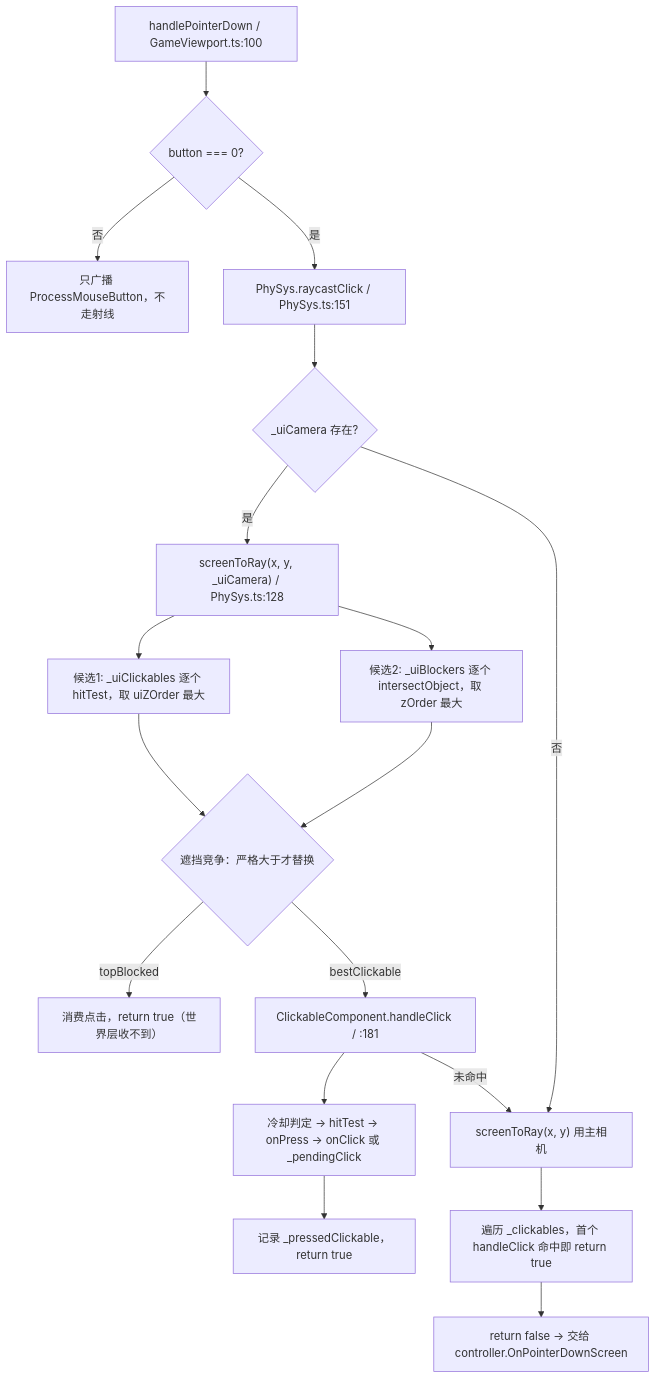
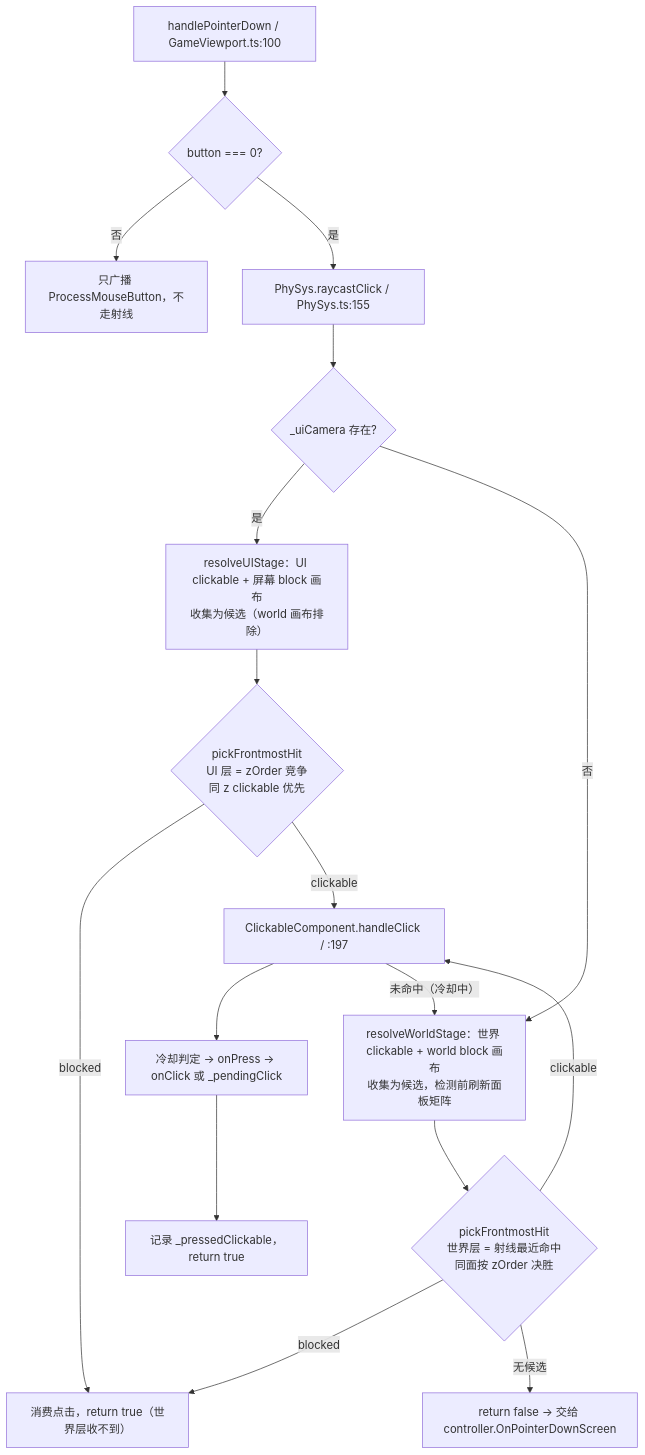
Before and after one commit to Kaplc/DemoStudio: the diagram in doc/engine/physics_system.md, drawn with Mermaid. The commit also changed other lines of this file and 6 other files, not shown here.

````diff
--- a/doc/engine/physics_system.md
+++ b/doc/engine/physics_system.md
@@ -47,20 +47,19 @@
 ```mermaid
 flowchart TD
     A["handlePointerDown / GameViewport.ts:100"] --> B{"button === 0?"}
     B -->|否| Z["只广播 ProcessMouseButton，不走射线"]
-    B -->|是| C["PhySys.raycastClick / PhySys.ts:151"]
+    B -->|是| C["PhySys.raycastClick / PhySys.ts:155"]
     C --> D{"_uiCamera 存在?"}
-    D -->|是| E["screenToRay(x, y, _uiCamera) / PhySys.ts:128"]
-    E --> F["候选1: _uiClickables 逐个 hitTest，取 uiZOrder 最大"]
-    E --> G["候选2: _uiBlockers 逐个 intersectObject，取 zOrder 最大"]
-    F --> H{"遮挡竞争：严格大于才替换"}
-    G --> H
-    H -->|"topBlocked"| I["消费点击，return true（世界层收不到）"]
-    H -->|"bestClickable"| J["ClickableComponent.handleClick / :181"]
-    J --> K["冷却判定 → hitTest → onPress → onClick 或 _pendingClick"]
+    D -->|是| E["resolveUIStage：UI clickable + 屏幕 block 画布<br/>收集为候选（world 画布排除）"]
+    E --> F{"pickFrontmostHit<br/>UI 层 = zOrder 竞争<br/>同 z clickable 优先"}
+    F -->|"blocked"| I["消费点击，return true（世界层收不到）"]
+    F -->|"clickable"| J["ClickableComponent.handleClick / :197"]
+    J --> K["冷却判定 → onPress → onClick 或 _pendingClick"]
     K --> L["记录 _pressedClickable，return true"]
-    D -->|否| M["screenToRay(x, y) 用主相机"]
-    J -->|"未命中"| M
-    M --> N["遍历 _clickables，首个 handleClick 命中即 return true"]
-    N --> O["return false → 交给 controller.OnPointerDownScreen"]
+    J -->|"未命中（冷却中）"| M
+    D -->|否| M["resolveWorldStage：世界 clickable + world block 画布<br/>收集为候选，检测前刷新面板矩阵"]
+    M --> N{"pickFrontmostHit<br/>世界层 = 射线最近命中<br/>同面按 zOrder 决胜"}
+    N -->|"blocked"| I
+    N -->|"clickable"| J
+    N -->|"无候选"| O["return false → 交给 controller.OnPointerDownScreen"]
 ```
````
